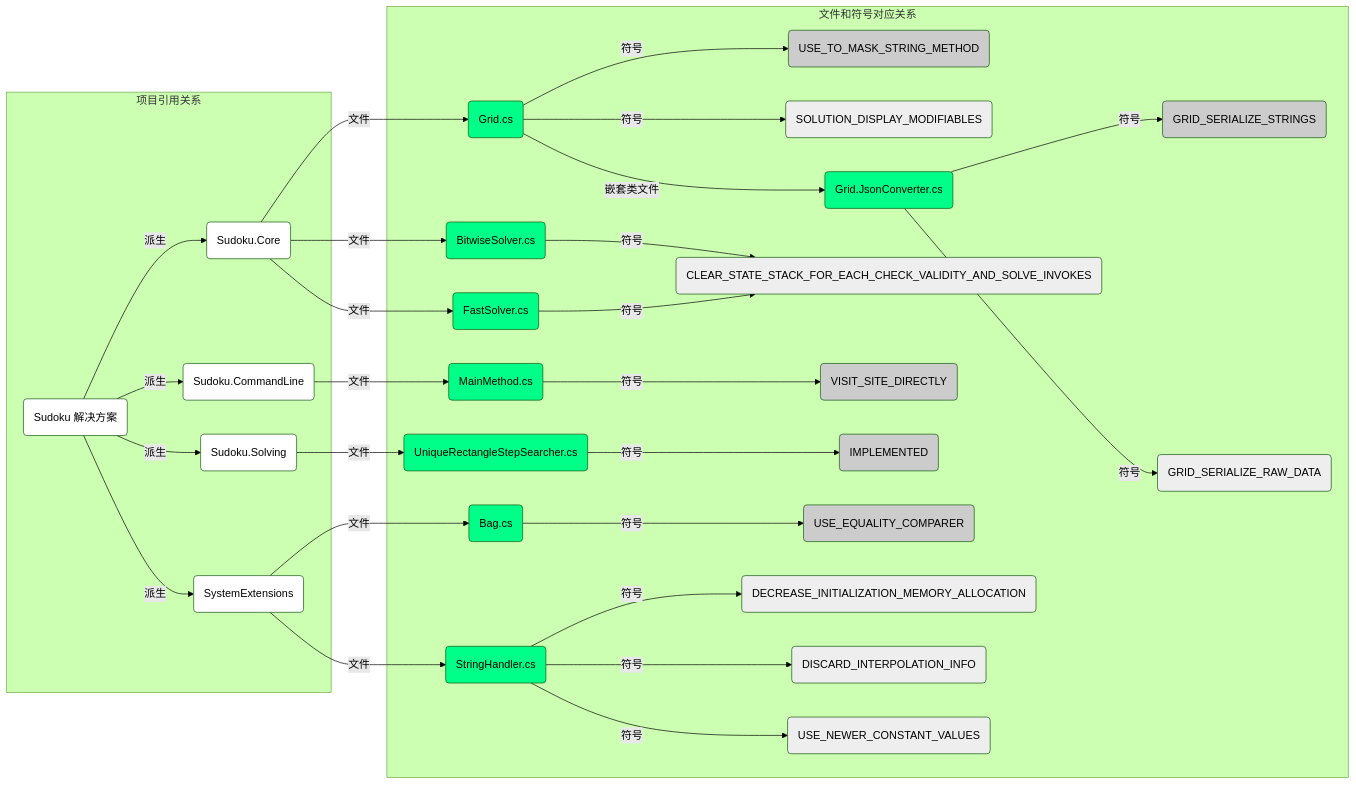
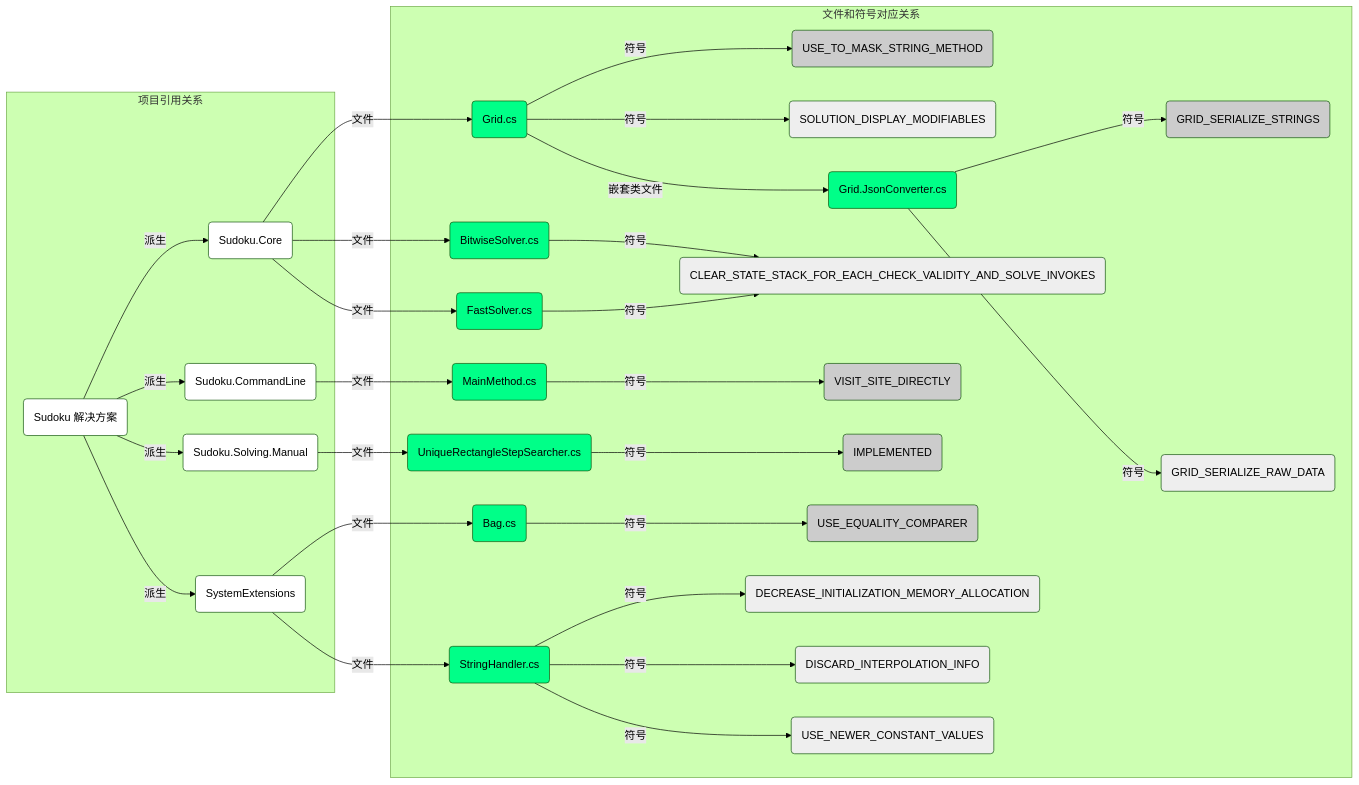
The diagram in docs/compilation-symbols.md (KyouyamaKazusa0805/Sudoku), drawn with Mermaid (forest theme) before and after one commit. The commit also changed other lines of this file, not shown here.

````diff
--- a/docs/compilation-symbols.md
+++ b/docs/compilation-symbols.md
@@ -23,57 +23,70 @@
 ```mermaid
 graph LR
-subgraph 项目引用关系
-Z(Sudoku 解决方案) -->|派生| P1(Sudoku.Core)
-Z -->|派生| P3(Sudoku.CommandLine)
-Z -->|派生| P4(Sudoku.Solving)
-Z -->|派生| P2(SystemExtensions)
-style Z fill:#FFF
-end
+    subgraph 项目引用关系
+        Z(Sudoku 解决方案) -->|派生| P1(Sudoku.Core)
+        Z -->|派生| P3(Sudoku.CommandLine)
+        Z -->|派生| P4(Sudoku.Solving.Manual)
+        Z -->|派生| P2(SystemExtensions)
+        style Z fill:#FFF
+        click Z "https://github.com/SunnieShine/Sudoku" _blank
+        click P1 "https://github.com/SunnieShine/Sudoku/tree/main/src/Sudoku.Core" _blank
+        click P2 "https://github.com/SunnieShine/Sudoku/tree/main/src/System" _blank
+        click P3 "https://github.com/SunnieShine/Sudoku/tree/main/src/Sudoku.CommandLine" _blank
+        click P4 "https://github.com/SunnieShine/Sudoku/tree/main/src/Sudoku.Solving.Manual" _blank
+    end
 
-subgraph 文件和符号对应关系
-P1 -->|文件| A(Grid.cs)
-P1 -->|文件| D(BitwiseSolver.cs)
-P1 -->|文件| E(FastSolver.cs)
-P2 -->|文件| C(Bag.cs)
-P2 -->|文件| G(StringHandler.cs)
-P3 -->|文件| F(MainMethod.cs)
-P4 -->|文件| H(UniqueRectangleStepSearcher.cs)
-style P1 fill:#FFF
-style P2 fill:#FFF
-style P3 fill:#FFF
-style P4 fill:#FFF
-style A fill:#0F8
-style B fill:#0F8
-style C fill:#0F8
-style D fill:#0F8
-style E fill:#0F8
-style F fill:#0F8
-style G fill:#0F8
-style H fill:#0F8
+    subgraph 文件和符号对应关系
+        P1 -->|文件| A(Grid.cs)
+        P1 -->|文件| D(BitwiseSolver.cs)
+        P1 -->|文件| E(FastSolver.cs)
+        P2 -->|文件| C(Bag.cs)
+        P2 -->|文件| G(StringHandler.cs)
+        P3 -->|文件| F(MainMethod.cs)
+        P4 -->|文件| H(UniqueRectangleStepSearcher.cs)
+        style P1 fill:#FFF
+        style P2 fill:#FFF
+        style P3 fill:#FFF
+        style P4 fill:#FFF
+        style A fill:#0F8
+        style B fill:#0F8
+        style C fill:#0F8
+        style D fill:#0F8
+        style E fill:#0F8
+        style F fill:#0F8
+        style G fill:#0F8
+        style H fill:#0F8
+        click A "https://github.com/SunnieShine/Sudoku/blob/main/src/Sudoku.Core/Collections/Grid.cs" _blank
+        click C "https://github.com/SunnieShine/Sudoku/blob/main/src/System/Collections/Generic/Bag.cs" _blank
+        click D "https://github.com/SunnieShine/Sudoku/blob/main/src/Sudoku.Core/Solving/BitwiseSolver.cs" _blank
+        click E "https://github.com/SunnieShine/Sudoku/blob/main/src/Sudoku.Solving/Solving/BruteForces/FastSolver.cs" _blank
+        click F "https://github.com/SunnieShine/Sudoku/tree/main/src/Sudoku.CommandLine/MainMethod.cs" _blank
+        click G "https://github.com/SunnieShine/Sudoku/blob/main/src/System/Text/StringHandler.cs" _blank
+        click H "https://github.com/SunnieShine/Sudoku/blob/main/src/Sudoku.Solving/Solving/Manual/Searchers/DeadlyPatterns/Rectangles/UniqueRectangleStepSearcher.cs" _blank
 
-A -->|符号| S1(USE_TO_MASK_STRING_METHOD)
-A -->|符号| S2(SOLUTION_DISPLAY_MODIFIABLES)
-A -->|嵌套类文件| B(Grid.JsonConverter.cs)
-B -->|符号| S3(GRID_SERIALIZE_STRINGS)
-B -->|符号| S4(GRID_SERIALIZE_RAW_DATA)
-C -->|符号| S5(USE_EQUALITY_COMPARER)
-D -->|符号| S6(CLEAR_STATE_STACK_FOR_EACH_CHECK_VALIDITY_AND_SOLVE_INVOKES)
-E -->|符号| S6
-F -->|符号| S7(VISIT_SITE_DIRECTLY)
-G -->|符号| S8(DECREASE_INITIALIZATION_MEMORY_ALLOCATION)
-G -->|符号| S9(DISCARD_INTERPOLATION_INFO)
-G -->|符号| S10(USE_NEWER_CONSTANT_VALUES)
-H -->|符号| S11(IMPLEMENTED)
-style S1 fill:#CCC
-style S2 fill:#EEE
-style S3 fill:#CCC
-style S4 fill:#EEE
-style S5 fill:#CCC
-style S6 fill:#EEE
-style S7 fill:#CCC
-style S8 fill:#EEE
-style S9 fill:#EEE
-style S10 fill:#EEE
-style S11 fill:#CCC
-end
+        A -->|符号| S1(USE_TO_MASK_STRING_METHOD)
+        A -->|符号| S2(SOLUTION_DISPLAY_MODIFIABLES)
+        A -->|嵌套类文件| B(Grid.JsonConverter.cs)
+        B -->|符号| S3(GRID_SERIALIZE_STRINGS)
+        B -->|符号| S4(GRID_SERIALIZE_RAW_DATA)
+        C -->|符号| S5(USE_EQUALITY_COMPARER)
+        D -->|符号| S6(CLEAR_STATE_STACK_FOR_EACH_CHECK_VALIDITY_AND_SOLVE_INVOKES)
+        E -->|符号| S6
+        F -->|符号| S7(VISIT_SITE_DIRECTLY)
+        G -->|符号| S8(DECREASE_INITIALIZATION_MEMORY_ALLOCATION)
+        G -->|符号| S9(DISCARD_INTERPOLATION_INFO)
+        G -->|符号| S10(USE_NEWER_CONSTANT_VALUES)
+        H -->|符号| S11(IMPLEMENTED)
+        style S1 fill:#CCC
+        style S2 fill:#EEE
+        style S3 fill:#CCC
+        style S4 fill:#EEE
+        style S5 fill:#CCC
+        style S6 fill:#EEE
+        style S7 fill:#CCC
+        style S8 fill:#EEE
+        style S9 fill:#EEE
+        style S10 fill:#EEE
+        style S11 fill:#CCC
+        click B "https://github.com/SunnieShine/Sudoku/blob/main/src/Sudoku.Core/Collections/Grid.JsonConverter.cs" _blank
+    end
 ```
````
